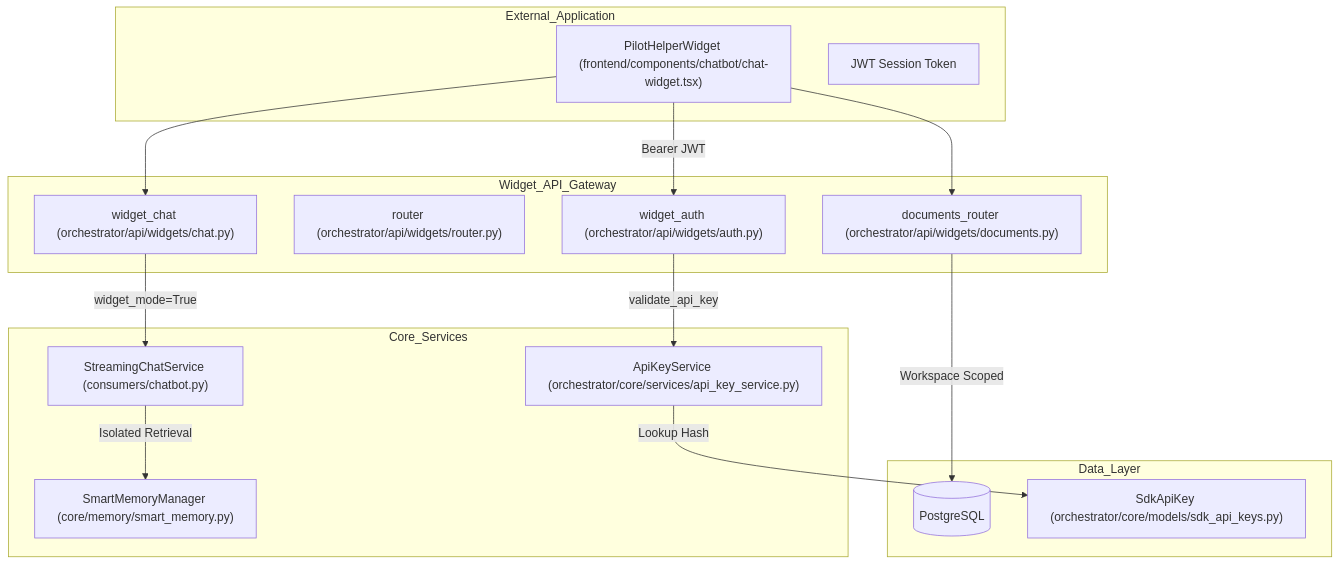
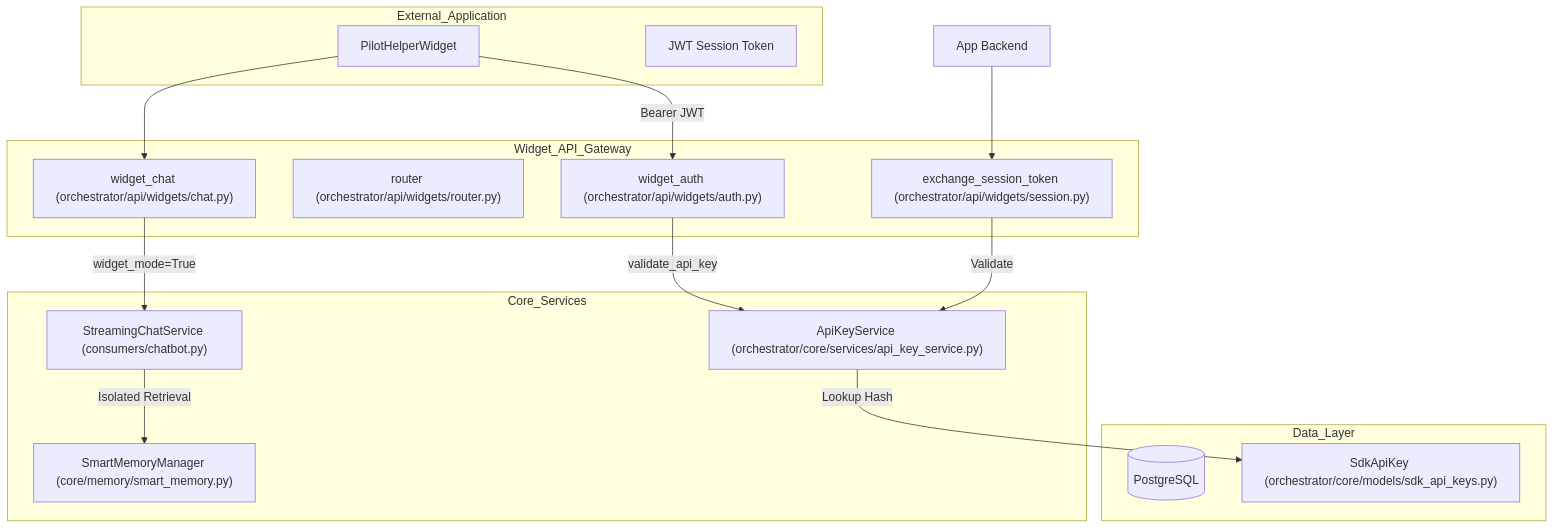
One commit to AutomatosAI/automatos-ai changed the first of 2 diagrams in docs/chat-interface/widget-system.md. Above: the diagram before and after it, drawn with Mermaid. The commit also changed other lines of this file and 153 other files, not shown here.

````diff
--- a/docs/chat-interface/widget-system.md
+++ b/docs/chat-interface/widget-system.md
@@ -52,36 +61,36 @@
 ```mermaid
 graph TD
     subgraph "External_Application"
-        SDK["PilotHelperWidget (frontend/components/chatbot/chat-widget.tsx)"]
+        SDK["PilotHelperWidget"]
         SessionToken["JWT Session Token"]
     end
 
     subgraph "Widget_API_Gateway"
         Auth["widget_auth (orchestrator/api/widgets/auth.py)"]
         Router["router (orchestrator/api/widgets/router.py)"]
         ChatEP["widget_chat (orchestrator/api/widgets/chat.py)"]
-        DocEP["documents_router (orchestrator/api/widgets/documents.py)"]
+        SessionEP["exchange_session_token (orchestrator/api/widgets/session.py)"]
     end
 
     subgraph "Core_Services"
         StreamingChat["StreamingChatService (consumers/chatbot.py)"]
         SmartMemory["SmartMemoryManager (core/memory/smart_memory.py)"]
         ApiKeySvc["ApiKeyService (orchestrator/core/services/api_key_service.py)"]
     end
 
     subgraph "Data_Layer"
         DB[("PostgreSQL")]
         SDKKeys["SdkApiKey (orchestrator/core/models/sdk_api_keys.py)"]
     end
 
     SDK -->|Bearer JWT| Auth
     Auth -->|validate_api_key| ApiKeySvc
     ApiKeySvc -->|Lookup Hash| SDKKeys
     
     SDK --> ChatEP
     ChatEP -->|widget_mode=True| StreamingChat
     StreamingChat -->|Isolated Retrieval| SmartMemory
     
-    SDK --> DocEP
-    DocEP -->|Workspace Scoped| DB
+    AppServer["App Backend"] --> SessionEP
+    SessionEP -->|Validate| ApiKeySvc
 ```
````
